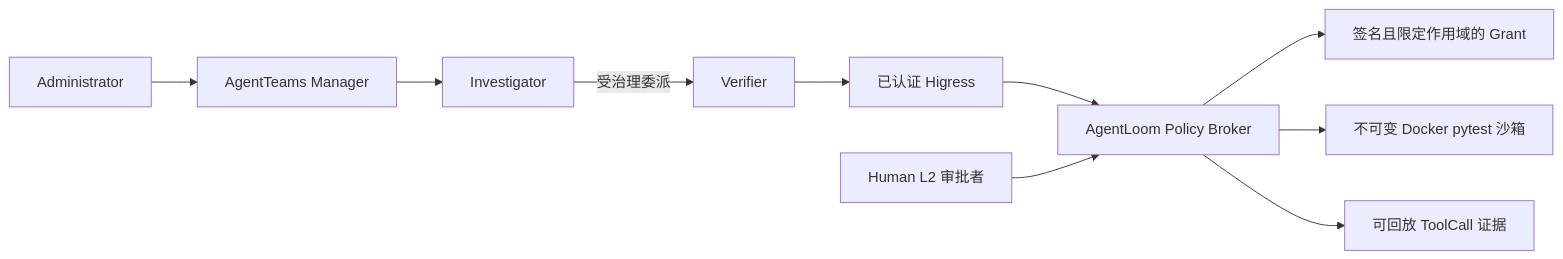
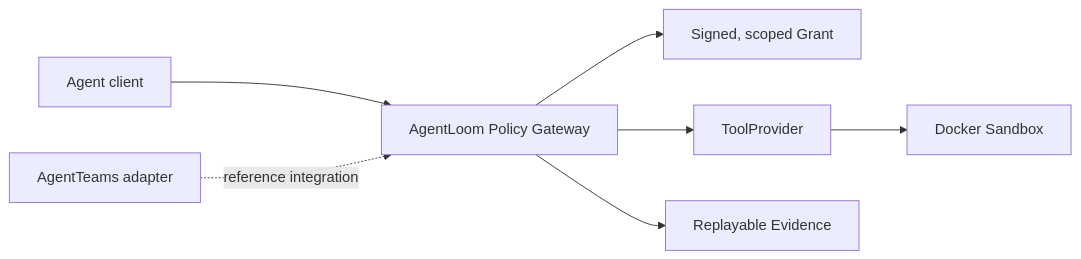
Before and after one commit to WilliamClifton-dev/AgentLoom: the diagram in README.md, drawn with Mermaid. The commit also changed other lines of this file and 18 other files, not shown here.

````diff
--- a/README.md
+++ b/README.md
@@ -54,12 +56,9 @@
 ```mermaid
 flowchart LR
-    Administrator["Administrator"] --> Manager["AgentTeams Manager"]
-    Manager --> Investigator["Investigator"]
-    Investigator -->|"受治理委派"| Verifier["Verifier"]
-    Verifier --> Higress["已认证 Higress"]
-    Higress --> Broker["AgentLoom Policy Broker"]
-    Broker --> Grant["签名且限定作用域的 Grant"]
-    Broker --> Sandbox["不可变 Docker pytest 沙箱"]
-    Broker --> Evidence["可回放 ToolCall 证据"]
-    Human["Human L2 审批者"] --> Broker
+    Agent["Agent client"] --> Gateway["AgentLoom Policy Gateway"]
+    Gateway --> Grant["Signed, scoped Grant"]
+    Gateway --> Provider["ToolProvider"]
+    Provider --> Sandbox["Docker Sandbox"]
+    Gateway --> Evidence["Replayable Evidence"]
+    AgentTeams["AgentTeams adapter"] -. reference integration .-> Gateway
 ```
````
